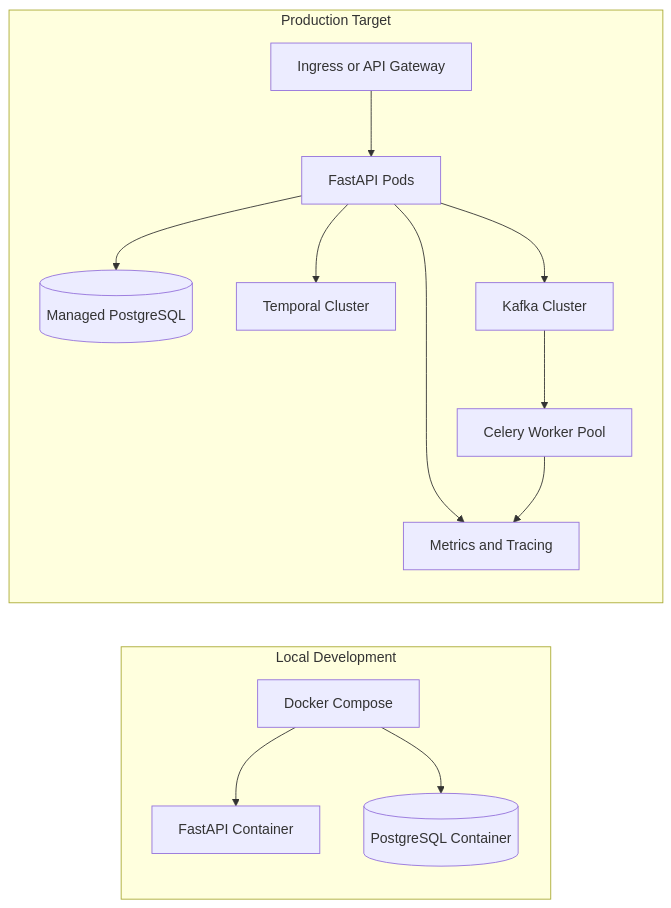
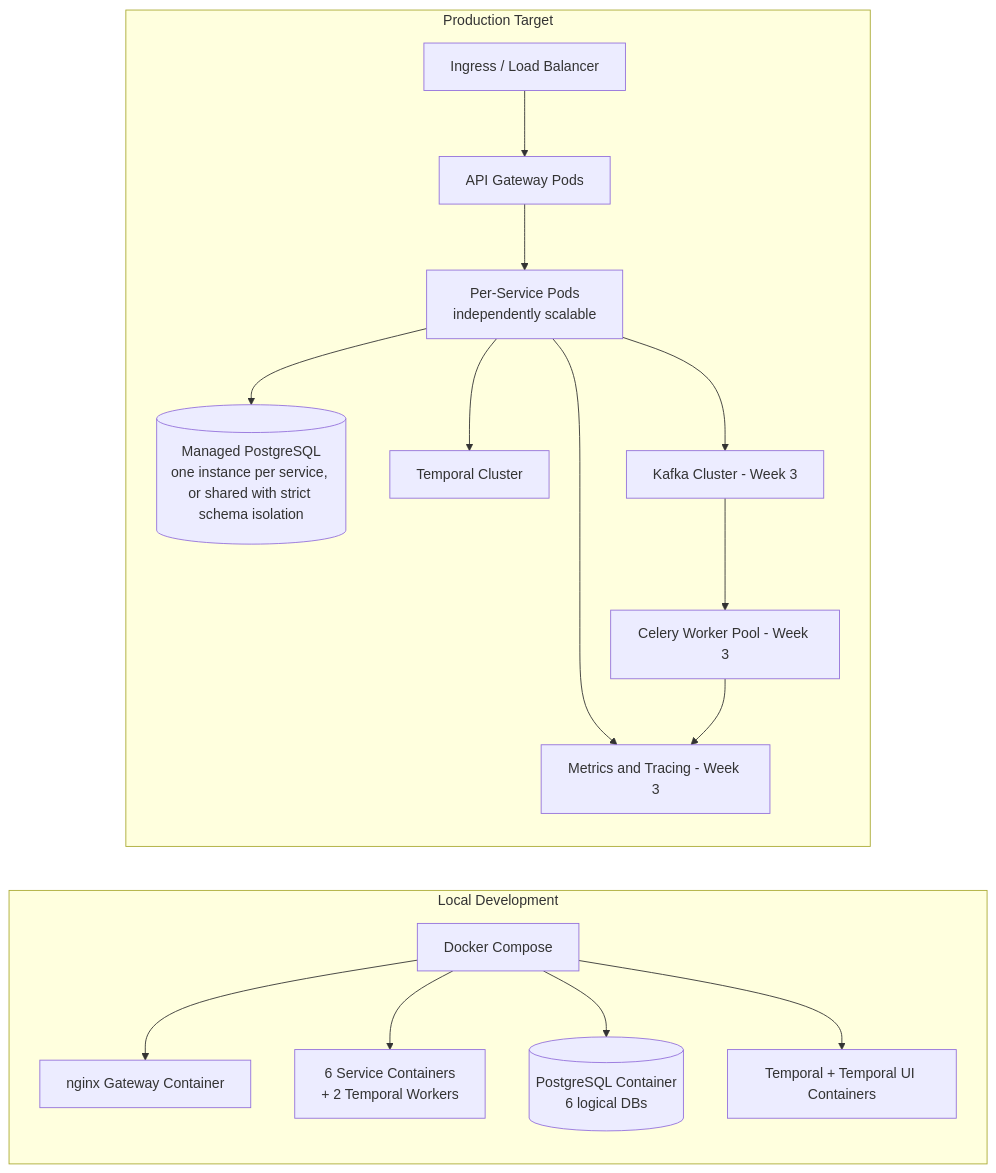
The seventh of 7 diagrams in docs/ARCHITECTURE.md (afnan-emumba/smart-hire), drawn with Mermaid before and after one commit. The commit also changed other lines of this file and 75 other files, not shown here.

First line of the commit message:
feat: enhance API routing and health checks in nginx configuration

````diff
--- a/docs/ARCHITECTURE.md
+++ b/docs/ARCHITECTURE.md
@@ -249,28 +267,34 @@
 ```mermaid
 flowchart LR
     subgraph Local Development
         compose[Docker Compose]
-        localApi[FastAPI Container]
-        localDb[(PostgreSQL Container)]
+        nginxLocal[nginx Gateway Container]
+        serviceContainers[6 Service Containers<br/>+ 2 Temporal Workers]
+        localDb[(PostgreSQL Container<br/>6 logical DBs)]
+        localTemporal[Temporal + Temporal UI Containers]
     end
 
     subgraph Production Target
-        ingress[Ingress or API Gateway]
-        apiPods[FastAPI Pods]
-        managedDb[(Managed PostgreSQL)]
+        ingress[Ingress / Load Balancer]
+        gatewayPods[API Gateway Pods]
+        servicePods[Per-Service Pods<br/>independently scalable]
+        managedDb[(Managed PostgreSQL<br/>one instance per service, or shared with strict schema isolation)]
         temporalCluster[Temporal Cluster]
-        kafkaCluster[Kafka Cluster]
-        workerPool[Celery Worker Pool]
-        observability[Metrics and Tracing]
+        kafkaCluster[Kafka Cluster - Week 3]
+        workerPool[Celery Worker Pool - Week 3]
+        observability[Metrics and Tracing - Week 3]
     end
 
-    compose --> localApi
+    compose --> nginxLocal
+    compose --> serviceContainers
     compose --> localDb
-    ingress --> apiPods
-    apiPods --> managedDb
-    apiPods --> temporalCluster
-    apiPods --> kafkaCluster
+    compose --> localTemporal
+    ingress --> gatewayPods
+    gatewayPods --> servicePods
+    servicePods --> managedDb
+    servicePods --> temporalCluster
+    servicePods --> kafkaCluster
     kafkaCluster --> workerPool
-    apiPods --> observability
+    servicePods --> observability
     workerPool --> observability
 ```
````
